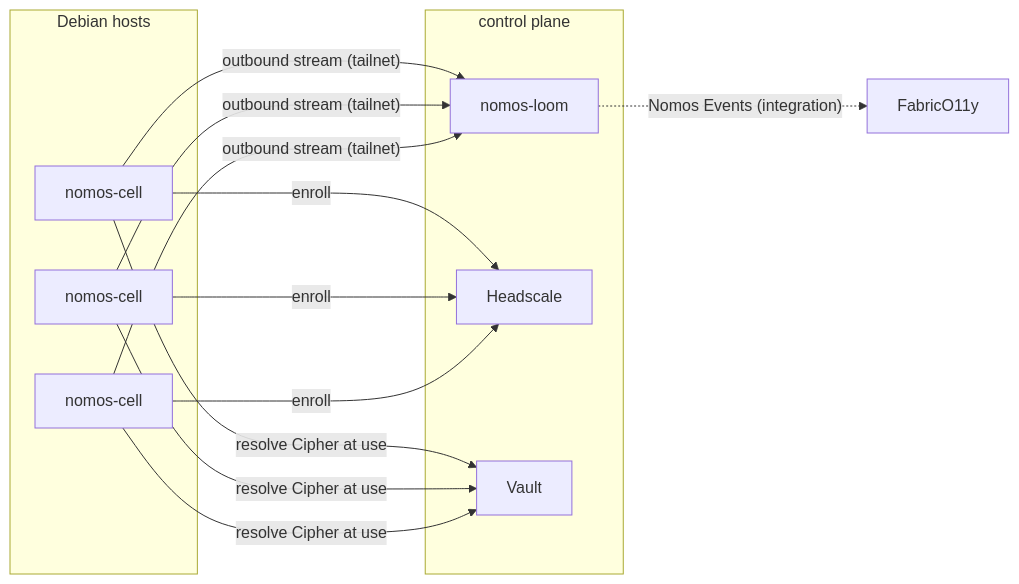
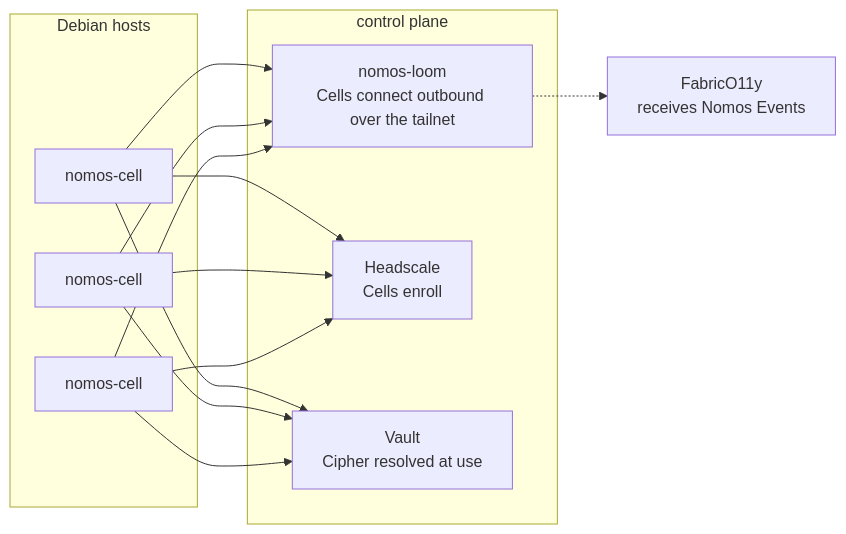
The fourth of 5 diagrams in docs/architecture/system.md (kmosoti/Nomos), drawn with Mermaid before and after one commit. The commit also changed other lines of this file and 7 other files, not shown here.

First line of the commit message:
Fix Mermaid diagrams that fail to render on GitHub

````diff
--- a/docs/architecture/system.md
+++ b/docs/architecture/system.md
@@ -64,17 +64,17 @@
 ```mermaid
 flowchart LR
     subgraph Control["control plane"]
-        Loom["nomos-loom"]
-        HS["Headscale"]
-        Vault["Vault"]
+        Loom["nomos-loom<br/>Cells connect outbound over the tailnet"]
+        HS["Headscale<br/>Cells enroll"]
+        Vault["Vault<br/>Cipher resolved at use"]
     end
     subgraph Hosts["Debian hosts"]
         C1["nomos-cell"]
         C2["nomos-cell"]
         C3["nomos-cell"]
     end
-    C1 & C2 & C3 -- enroll --> HS
-    C1 & C2 & C3 -- "outbound stream (tailnet)" --> Loom
-    C1 & C2 & C3 -- "resolve Cipher at use" --> Vault
-    Loom -. "Nomos Events (integration)" .-> F["FabricO11y"]
+    C1 & C2 & C3 --> HS
+    C1 & C2 & C3 --> Loom
+    C1 & C2 & C3 --> Vault
+    Loom -.-> F["FabricO11y<br/>receives Nomos Events"]
 ```
````
